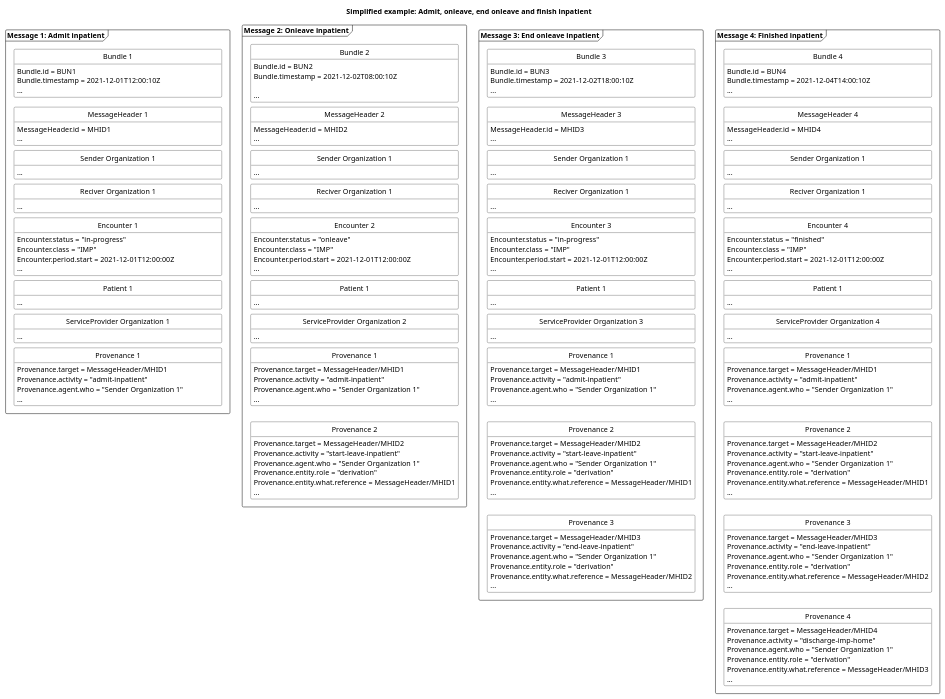
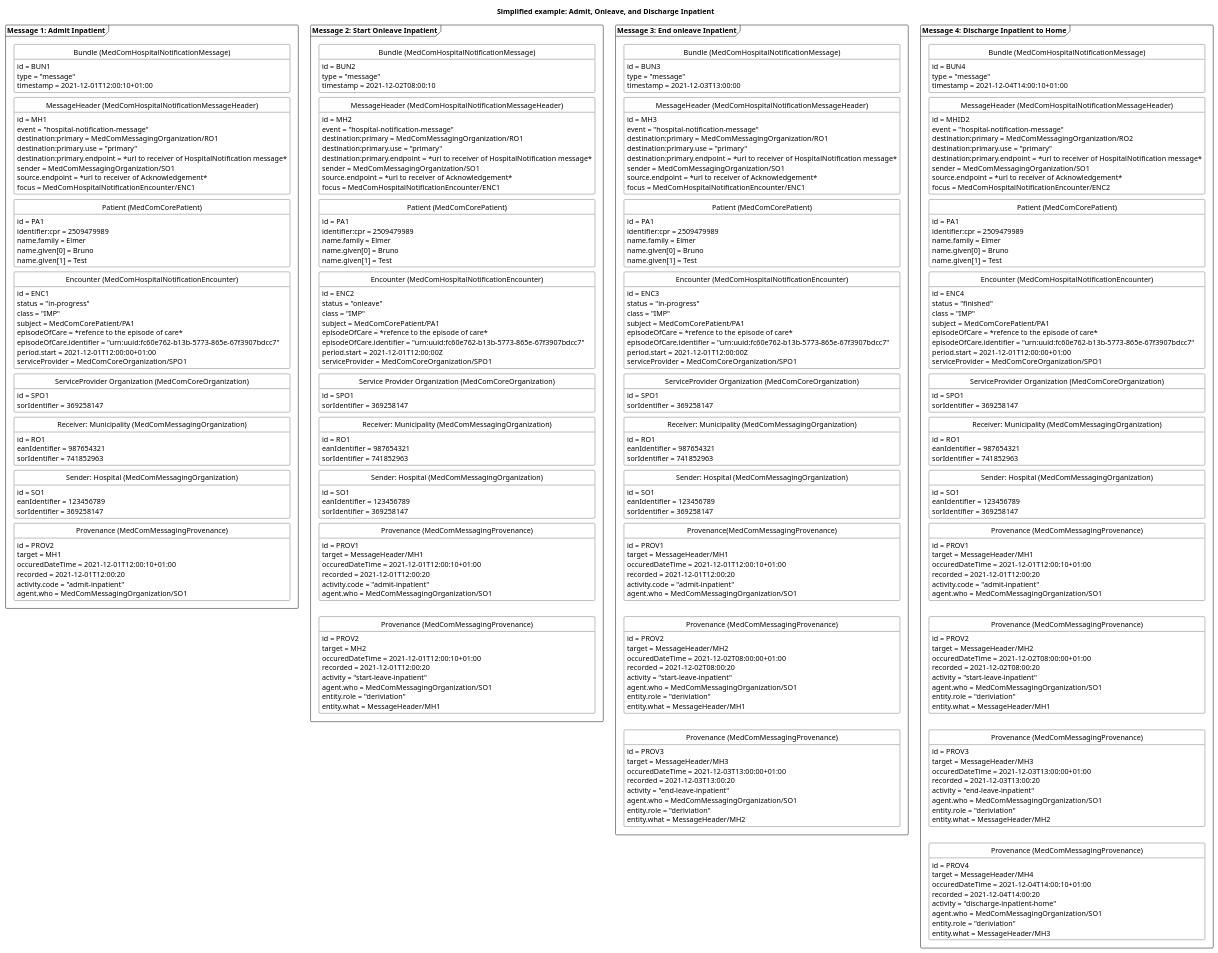
One commit to medcomdk/dk-medcom-hospitalnotification changed the diagram in puml/HospitalNotificationAdmitOnleaveEndFinish.puml. Above: the diagram before and after it, drawn with PlantUML. The commit also changed 7 other files, not shown here.

```diff
--- a/puml/HospitalNotificationAdmitOnleaveEndFinish.puml
+++ b/puml/HospitalNotificationAdmitOnleaveEndFinish.puml
@@ -13,250 +13,341 @@
 
 
 'title
-title Simplified example: Admit, onleave, end onleave and finish inpatient
+title Simplified example: Admit, Onleave, and Discharge Inpatient
 
 
-'Message 1: Admit inpatient
-package "Message 1: Admit inpatient" as admit <<Frame>>{
-    class "Bundle 1" as admitB {
-        Bundle.id = BUN1
-        Bundle.timestamp = 2021-12-01T12:00:10Z
-        ...
+package "Message 1: Admit Inpatient" as admit <<Frame>>{
+    class "Bundle (MedComHospitalNotificationMessage)" as admitB{
+        id = BUN1
+        type = "message"
+        timestamp = 2021-12-01T12:00:10+01:00
     }
-    class "MessageHeader 1" as admitMH{
-        MessageHeader.id = MHID1
-        ...
+    class "MessageHeader (MedComHospitalNotificationMessageHeader)" as admitMH{
+        id = MH1
+        event = "hospital-notification-message"
+        destination:primary = MedComMessagingOrganization/RO1
+        destination:primary.use = "primary"
+        destination:primary.endpoint = *url to receiver of HospitalNotification message*
+        sender = MedComMessagingOrganization/SO1
+        source.endpoint = *url to receiver of Acknowledgement*
+        focus = MedComHospitalNotificationEncounter/ENC1
     }
-    class "Sender Organization 1" as admitSOrg{
-        ...
+    class "Patient (MedComCorePatient)" as admitPT{
+        id = PA1
+        identifier:cpr = 2509479989
+        name.family = Elmer
+        name.given[0] = Bruno
+        name.given[1] = Test
     }
-    class "Reciver Organization 1" as admitROrg{
-        ...
+    class "Encounter (MedComHospitalNotificationEncounter)" as admitENC{
+        id = ENC1
+        status = "in-progress"
+        class = "IMP"
+        subject = MedComCorePatient/PA1
+        episodeOfCare = *refence to the episode of care*
+        episodeOfCare.identifier = "urn:uuid:fc60e762-b13b-5773-865e-67f3907bdcc7"
+        period.start = 2021-12-01T12:00:00+01:00
+        serviceProvider = MedComCoreOrganization/SPO1
+    }    
+    class "ServiceProvider Organization (MedComCoreOrganization)" as admitSPOrg{
+        id = SPO1
+        sorIdentifier = 369258147
     }
-    class "Encounter 1" as admitENC{
-        Encounter.status = "in-progress"
-        Encounter.class = "IMP"
-        Encounter.period.start = 2021-12-01T12:00:00Z
-        ...
+    class "Receiver: Municipality (MedComMessagingOrganization)" as admitROrg{
+        id = RO1
+        eanIdentifier = 987654321
+        sorIdentifier = 741852963
     }
-    class "Patient 1" as admitPT{
-        ...
+    class "Sender: Hospital (MedComMessagingOrganization)" as admitSOrg{
+        id = SO1
+        eanIdentifier = 123456789
+        sorIdentifier = 369258147
     }
-    class "ServiceProvider Organization 1" as admitSPOrg{
-        ...
-    }
-    class "Provenance 1" as admitPRO{
-        Provenance.target = MessageHeader/MHID1
-        Provenance.activity = "admit-inpatient"
-        Provenance.agent.who = "Sender Organization 1"
-        ...
+    class "Provenance (MedComMessagingProvenance)" as admitPRO{
+        id = PROV2
+        target = MH1
+        occuredDateTime = 2021-12-01T12:00:10+01:00
+        recorded = 2021-12-01T12:00:20
+        activity.code = "admit-inpatient"
+        agent.who = MedComMessagingOrganization/SO1
     }
 
 admitB -[hidden]- admitMH
-admitMH -[hidden]- admitSOrg
-admitSOrg-[hidden]-admitROrg
-admitROrg-[hidden]-admitENC
-admitENC-[hidden]-admitPT
-admitPT-[hidden]-admitSPOrg
-admitSPOrg-[hidden]-admitPRO
-
-
-
+admitMH-[hidden]-admitPT
+admitPT-[hidden]-admitENC
+admitENC-[hidden]-admitSPOrg
+admitSPOrg-[hidden]-admitROrg
+admitROrg-[hidden]-admitSOrg
+admitSOrg-[hidden]-admitPRO
 }
 
 'Message 2: Onleave inpatient
-package "Message 2: Onleave inpatient" as Onleave <<Frame>> {
-    class "Bundle 2" as onleaveB {
-        Bundle.id = BUN2
-        Bundle.timestamp = 2021-12-02T08:00:10Z
+package "Message 2: Start Onleave Inpatient" as Onleave <<Frame>> {
+    class "Bundle (MedComHospitalNotificationMessage)" as onleaveB {
+        id = BUN2
+        type = "message"
+        timestamp = 2021-12-02T08:00:10
+    }
+    class "MessageHeader (MedComHospitalNotificationMessageHeader)" as onleaveMH{
+        id = MH2
+        event = "hospital-notification-message"
+        destination:primary = MedComMessagingOrganization/RO1
+        destination:primary.use = "primary"
+        destination:primary.endpoint = *url to receiver of HospitalNotification message*
+        sender = MedComMessagingOrganization/SO1
+        source.endpoint = *url to receiver of Acknowledgement*
+        focus = MedComHospitalNotificationEncounter/ENC1
+    }
+    class "Patient (MedComCorePatient)" as onleavePT{
+        id = PA1
+        identifier:cpr = 2509479989
+        name.family = Elmer
+        name.given[0] = Bruno
+        name.given[1] = Test
+    }
+    class "Encounter (MedComHospitalNotificationEncounter)" as onleaveENC{
+        id = ENC2
+        status = "onleave"
+        class = "IMP"
+        subject = MedComCorePatient/PA1
+        episodeOfCare = *refence to the episode of care*
+        episodeOfCare.identifier = "urn:uuid:fc60e762-b13b-5773-865e-67f3907bdcc7"
+        period.start = 2021-12-01T12:00:00Z
+        serviceProvider = MedComCoreOrganization/SPO1
+    }
+    class "Service Provider Organization (MedComCoreOrganization)" as onleaveSPOrg{
+        id = SPO1
+        sorIdentifier = 369258147
+    }
+    class "Receiver: Municipality (MedComMessagingOrganization)" as onleaveROrg{
+        id = RO1
+        eanIdentifier = 987654321
+        sorIdentifier = 741852963
+    }
+    class "Sender: Hospital (MedComMessagingOrganization)" as onleaveSOrg{
+        id = SO1
+        eanIdentifier = 123456789
+        sorIdentifier = 369258147
+    }
+    class "Provenance (MedComMessagingProvenance)" as admitonleavePRO{
+        id = PROV1
+        target = MessageHeader/MH1
+        occuredDateTime = 2021-12-01T12:00:10+01:00
+        recorded = 2021-12-01T12:00:20
+        activity.code = "admit-inpatient"
+        agent.who = MedComMessagingOrganization/SO1
+    }
+    class "Provenance (MedComMessagingProvenance)" as onleavePRO{
+        id = PROV2        
+        target = MH2
+        occuredDateTime = 2021-12-01T12:00:10+01:00
+        recorded = 2021-12-01T12:00:20
+        activity = "start-leave-inpatient"
+        agent.who = MedComMessagingOrganization/SO1
+        entity.role = "deriviation"
+        entity.what = MessageHeader/MH1
 
-        ...
-    }
-    class "MessageHeader 2" as onleaveMH{
-        MessageHeader.id = MHID2
-        ...
-    }
-    class "Sender Organization 1" as onleaveSOrg{
-        ...
-    }
-    class "Reciver Organization 1" as onleaveROrg{
-        ...
-    }
-    class "Encounter 2" as onleaveENC{
-        Encounter.status = "onleave"
-        Encounter.class = "IMP"
-        Encounter.period.start = 2021-12-01T12:00:00Z
-        ...
-    }
-    class "Patient 1" as onleavePT{
-        ...
-    }
-    class "ServiceProvider Organization 2" as onleaveSPOrg{
-        ...
-    }
-    class "Provenance 1" as admitonleavePRO{
-        Provenance.target = MessageHeader/MHID1
-        Provenance.activity = "admit-inpatient"
-        Provenance.agent.who = "Sender Organization 1"
-        ...
-    }
-    class "Provenance 2" as onleavePRO{
-        Provenance.target = MessageHeader/MHID2
-        Provenance.activity = "start-leave-inpatient"
-        Provenance.agent.who = "Sender Organization 1"
-        Provenance.entity.role = "derivation"
-        Provenance.entity.what.reference = MessageHeader/MHID1
-        ...
     }
 onleaveB-[hidden]-onleaveMH
-onleaveMH-[hidden]-onleaveSOrg
-onleaveSOrg-[hidden]-onleaveROrg
-onleaveROrg-[hidden]-onleaveENC
-onleaveENC-[hidden]-onleavePT
-onleavePT-[hidden]-onleaveSPOrg
-onleaveSPOrg-[hidden]-admitonleavePRO
+onleaveMH-[hidden]-onleavePT
+onleavePT-[hidden]-onleaveENC
+onleaveENC-[hidden]-onleaveSPOrg
+onleaveSPOrg-[hidden]-onleaveROrg
+onleaveROrg-[hidden]-onleaveSOrg
+onleaveSOrg-[hidden]-admitonleavePRO
 admitonleavePRO-[hidden]-onleavePRO
 
 }
 
 'Message 3: End onleave inpatient
-package "Message 3: End onleave inpatient" as endOnleave <<Frame>> {
-    class "Bundle 3" as endOnleaveB {
-        Bundle.id = BUN3
-        Bundle.timestamp = 2021-12-02T18:00:10Z
-        ...
+package "Message 3: End onleave Inpatient" as endOnleave <<Frame>> {
+    class "Bundle (MedComHospitalNotificationMessage)" as endOnleaveB {
+        id = BUN3
+        type = "message"
+        timestamp = 2021-12-03T13:00:00
     }
-    class "MessageHeader 3" as endOnleaveMH{
-        MessageHeader.id = MHID3
-        ...
+    class "MessageHeader (MedComHospitalNotificationMessageHeader)" as endOnleaveMH{
+        id = MH3
+        event = "hospital-notification-message"
+        destination:primary = MedComMessagingOrganization/RO1
+        destination:primary.use = "primary"
+        destination:primary.endpoint = *url to receiver of HospitalNotification message*
+        sender = MedComMessagingOrganization/SO1
+        source.endpoint = *url to receiver of Acknowledgement*
+        focus = MedComHospitalNotificationEncounter/ENC1
     }
-    class "Sender Organization 1" as endOnleaveSOrg{
-        ...
+    class "Patient (MedComCorePatient)" as endOnleavePT{
+        id = PA1
+        identifier:cpr = 2509479989
+        name.family = Elmer
+        name.given[0] = Bruno
+        name.given[1] = Test
     }
-    class "Reciver Organization 1" as endOnleaveROrg{
-        ...
+    class "Encounter (MedComHospitalNotificationEncounter)" as endOnleaveENC{
+        id = ENC3
+        status = "in-progress"
+        class = "IMP"
+        subject = MedComCorePatient/PA1
+        episodeOfCare = *refence to the episode of care*
+        episodeOfCare.identifier = "urn:uuid:fc60e762-b13b-5773-865e-67f3907bdcc7"
+        period.start = 2021-12-01T12:00:00Z
+        serviceProvider = MedComCoreOrganization/SPO1
     }
-    class "Encounter 3" as endOnleaveENC{
-        Encounter.status = "in-progress"
-        Encounter.class = "IMP"
-        Encounter.period.start = 2021-12-01T12:00:00Z
-        ...
+    class "ServiceProvider Organization (MedComCoreOrganization)" as endOnleaveSPOrg{
+        id = SPO1
+        sorIdentifier = 369258147
     }
-    class "Patient 1" as endOnleavePT{
-        ...
+    class "Receiver: Municipality (MedComMessagingOrganization)" as endOnleaveROrg{
+        id = RO1
+        eanIdentifier = 987654321
+        sorIdentifier = 741852963
     }
-    class "ServiceProvider Organization 3" as endOnleaveSPOrg{
-        ...
+    class "Sender: Hospital (MedComMessagingOrganization)" as endOnleaveSOrg{
+        id = SO1
+        eanIdentifier = 123456789
+        sorIdentifier = 369258147
+    }    
+    class "Provenance(MedComMessagingProvenance)" as admitendOnleavePRO{
+        id = PROV1
+        target = MessageHeader/MH1
+        occuredDateTime = 2021-12-01T12:00:10+01:00
+        recorded = 2021-12-01T12:00:20
+        activity.code = "admit-inpatient"
+        agent.who = MedComMessagingOrganization/SO1
     }
-    class "Provenance 1" as admitendOnleavePRO{
-        Provenance.target = MessageHeader/MHID1
-        Provenance.activity = "admit-inpatient"
-        Provenance.agent.who = "Sender Organization 1"
-        ...
+    class "Provenance (MedComMessagingProvenance)" as onleaveendOnleavePRO{
+        id = PROV2        
+        target = MessageHeader/MH2
+        occuredDateTime = 2021-12-02T08:00:00+01:00
+        recorded = 2021-12-02T08:00:20
+        activity = "start-leave-inpatient"
+        agent.who = MedComMessagingOrganization/SO1
+        entity.role = "deriviation"
+        entity.what = MessageHeader/MH1
     }
-    class "Provenance 2" as onleaveendOnleavePRO{
-        Provenance.target = MessageHeader/MHID2
-        Provenance.activity = "start-leave-inpatient"
-        Provenance.agent.who = "Sender Organization 1"
-        Provenance.entity.role = "derivation"
-        Provenance.entity.what.reference = MessageHeader/MHID1
-        ...
-    }
-    class "Provenance 3" as endOnleavePRO{
-        Provenance.target = MessageHeader/MHID3
-        Provenance.activity = "end-leave-inpatient"
-        Provenance.agent.who = "Sender Organization 1"
-        Provenance.entity.role = "derivation"
-        Provenance.entity.what.reference = MessageHeader/MHID2
-        ...
+    class "Provenance (MedComMessagingProvenance)" as endOnleavePRO{
+        id = PROV3        
+        target = MessageHeader/MH3
+        occuredDateTime = 2021-12-03T13:00:00+01:00
+        recorded = 2021-12-03T13:00:20
+        activity = "end-leave-inpatient"
+        agent.who = MedComMessagingOrganization/SO1
+        entity.role = "deriviation"
+        entity.what = MessageHeader/MH2
     }
 endOnleaveB-[hidden]-endOnleaveMH
-endOnleaveMH-[hidden]-endOnleaveSOrg
-endOnleaveSOrg-[hidden]-endOnleaveROrg
-endOnleaveROrg-[hidden]-endOnleaveENC
-endOnleaveENC-[hidden]-endOnleavePT
-endOnleavePT-[hidden]-endOnleaveSPOrg
-endOnleaveSPOrg-[hidden]-admitendOnleavePRO
+endOnleaveMH-[hidden]-endOnleavePT
+endOnleavePT-[hidden]-endOnleaveENC
+endOnleaveENC-[hidden]-endOnleaveSPOrg
+endOnleaveSPOrg-[hidden]-endOnleaveROrg
+endOnleaveROrg-[hidden]-endOnleaveSOrg
+endOnleaveSOrg-[hidden]-admitendOnleavePRO
 admitendOnleavePRO-[hidden]-onleaveendOnleavePRO
 onleaveendOnleavePRO-[hidden]-endOnleavePRO
 
 }
 
 
-'Message 4: Finished inpatient
-package "Message 4: Finished inpatient" as finished <<Frame>> {
-    class "Bundle 4" as finishedB {
-        Bundle.id = BUN4        
-        Bundle.timestamp = 2021-12-04T14:00:10Z
-        ...
+'Message 2: Finished inpatient
+package "Message 4: Discharge Inpatient to Home" as finished <<Frame>>{
+    class "Bundle (MedComHospitalNotificationMessage)" as finishedB{
+        id = BUN4
+        type = "message"
+        timestamp = 2021-12-04T14:00:10+01:00
     }
-    class "MessageHeader 4" as finishedMH{
-        MessageHeader.id = MHID4
-        ...
+    class "MessageHeader (MedComHospitalNotificationMessageHeader)" as finishedMH{
+        id = MHID2
+        event = "hospital-notification-message"
+        destination:primary = MedComMessagingOrganization/RO2
+        destination:primary.use = "primary"
+        destination:primary.endpoint = *url to receiver of HospitalNotification message*
+        sender = MedComMessagingOrganization/SO1
+        source.endpoint = *url to receiver of Acknowledgement*
+        focus = MedComHospitalNotificationEncounter/ENC2
     }
-    class "Sender Organization 1" as finishedSOrg{
-        ...
+    class "Patient (MedComCorePatient)" as finishedPT{
+        id = PA1
+        identifier:cpr = 2509479989
+        name.family = Elmer
+        name.given[0] = Bruno
+        name.given[1] = Test
     }
-    class "Reciver Organization 1" as finishedROrg{
-        ...
+    class "Encounter (MedComHospitalNotificationEncounter)" as finishedENC{
+        id = ENC4
+        status = "finished"
+        class = "IMP"
+        subject = MedComCorePatient/PA1
+        episodeOfCare = *refence to the episode of care*
+        episodeOfCare.identifier = "urn:uuid:fc60e762-b13b-5773-865e-67f3907bdcc7"
+        period.start = 2021-12-01T12:00:00+01:00
+        serviceProvider = MedComCoreOrganization/SPO1
     }
-    class "Encounter 4" as finishedENC{
-        Encounter.status = "finished"
-        Encounter.class = "IMP"
-        Encounter.period.start = 2021-12-01T12:00:00Z
-        ...
+    class "ServiceProvider Organization (MedComCoreOrganization)" as finishedSPOrg{
+        id = SPO1 
+        sorIdentifier = 369258147
+    }    
+    class "Receiver: Municipality (MedComMessagingOrganization)" as finishedROrg{
+        id = RO1
+        eanIdentifier = 987654321
+        sorIdentifier = 741852963
     }
-    class "Patient 1" as finishedPT{
-        ...
+    class "Sender: Hospital (MedComMessagingOrganization)" as finishedSOrg{
+        id = SO1
+        eanIdentifier = 123456789
+        sorIdentifier = 369258147
+    }    
+    class "Provenance (MedComMessagingProvenance)" as admitfinishedPRO{
+        id = PROV1
+        target = MessageHeader/MH1
+        occuredDateTime = 2021-12-01T12:00:10+01:00
+        recorded = 2021-12-01T12:00:20
+        activity.code = "admit-inpatient"
+        agent.who = MedComMessagingOrganization/SO1
     }
-    class "ServiceProvider Organization 4" as finishedSPOrg{
-        ...
+    class "Provenance (MedComMessagingProvenance)" as startfinishedPRO{
+        id = PROV2        
+        target = MessageHeader/MH2
+        occuredDateTime = 2021-12-02T08:00:00+01:00
+        recorded = 2021-12-02T08:00:20
+        activity = "start-leave-inpatient"
+        agent.who = MedComMessagingOrganization/SO1
+        entity.role = "deriviation"
+        entity.what = MessageHeader/MH1
     }
-    class "Provenance 1" as admitfinishedPRO{
-        Provenance.target = MessageHeader/MHID1
-        Provenance.activity = "admit-inpatient"
-        Provenance.agent.who = "Sender Organization 1"
-        ...
+    class "Provenance (MedComMessagingProvenance)" as endfinishedPRO{
+        id = PROV3        
+        target = MessageHeader/MH3
+        occuredDateTime = 2021-12-03T13:00:00+01:00
+        recorded = 2021-12-03T13:00:20
+        activity = "end-leave-inpatient"
+        agent.who = MedComMessagingOrganization/SO1
+        entity.role = "deriviation"
+        entity.what = MessageHeader/MH2
     }
-    class "Provenance 2" as onleavefinishedPRO{
-        Provenance.target = MessageHeader/MHID2
-        Provenance.activity = "start-leave-inpatient"
-        Provenance.agent.who = "Sender Organization 1"
-        Provenance.entity.role = "derivation"
-        Provenance.entity.what.reference = MessageHeader/MHID1
-        ...
-    }
-    class "Provenance 3" as endOnleavefinishedPRO{
-        Provenance.target = MessageHeader/MHID3
-        Provenance.activity = "end-leave-inpatient"
-        Provenance.agent.who = "Sender Organization 1"
-        Provenance.entity.role = "derivation"
-        Provenance.entity.what.reference = MessageHeader/MHID2
-        ...
-    }
-    class "Provenance 4" as finishedPRO{
-        Provenance.target = MessageHeader/MHID4
-        Provenance.activity = "discharge-imp-home"
-        Provenance.agent.who = "Sender Organization 1"
-        Provenance.entity.role = "derivation"
-        Provenance.entity.what.reference = MessageHeader/MHID3
-        ...
+    class "Provenance (MedComMessagingProvenance)" as finishedPRO{
+        id = PROV4
+        target = MessageHeader/MH4
+        occuredDateTime = 2021-12-04T14:00:10+01:00
+        recorded = 2021-12-04T14:00:20
+        activity = "discharge-inpatient-home"
+        agent.who = MedComMessagingOrganization/SO1
+        entity.role = "deriviation"
+        entity.what = MessageHeader/MH3
     }
 finishedB-[hidden]-finishedMH
-finishedMH-[hidden]-finishedSOrg
-finishedSOrg-[hidden]-finishedROrg
-finishedROrg-[hidden]-finishedENC
-finishedENC-[hidden]-finishedPT
-finishedPT-[hidden]-finishedSPOrg
-finishedSPOrg-[hidden]-admitfinishedPRO
-admitfinishedPRO-[hidden]-onleavefinishedPRO
-onleavefinishedPRO-[hidden]-endOnleavefinishedPRO
-endOnleavefinishedPRO-[hidden]-finishedPRO
+finishedMH-[hidden]-finishedPT
+finishedPT-[hidden]-finishedENC
+finishedENC-[hidden]-finishedSPOrg
+finishedSPOrg-[hidden]-finishedROrg
+finishedROrg-[hidden]-finishedSOrg
+finishedSOrg-[hidden]-admitfinishedPRO
+admitfinishedPRO-[hidden]-startfinishedPRO
+startfinishedPRO-[hidden]-endfinishedPRO
+endfinishedPRO-[hidden]-finishedPRO
+
 
 }
 
-' pile mellem de to beskeder
-' admit --> finished
 
 
 @enduml
```
